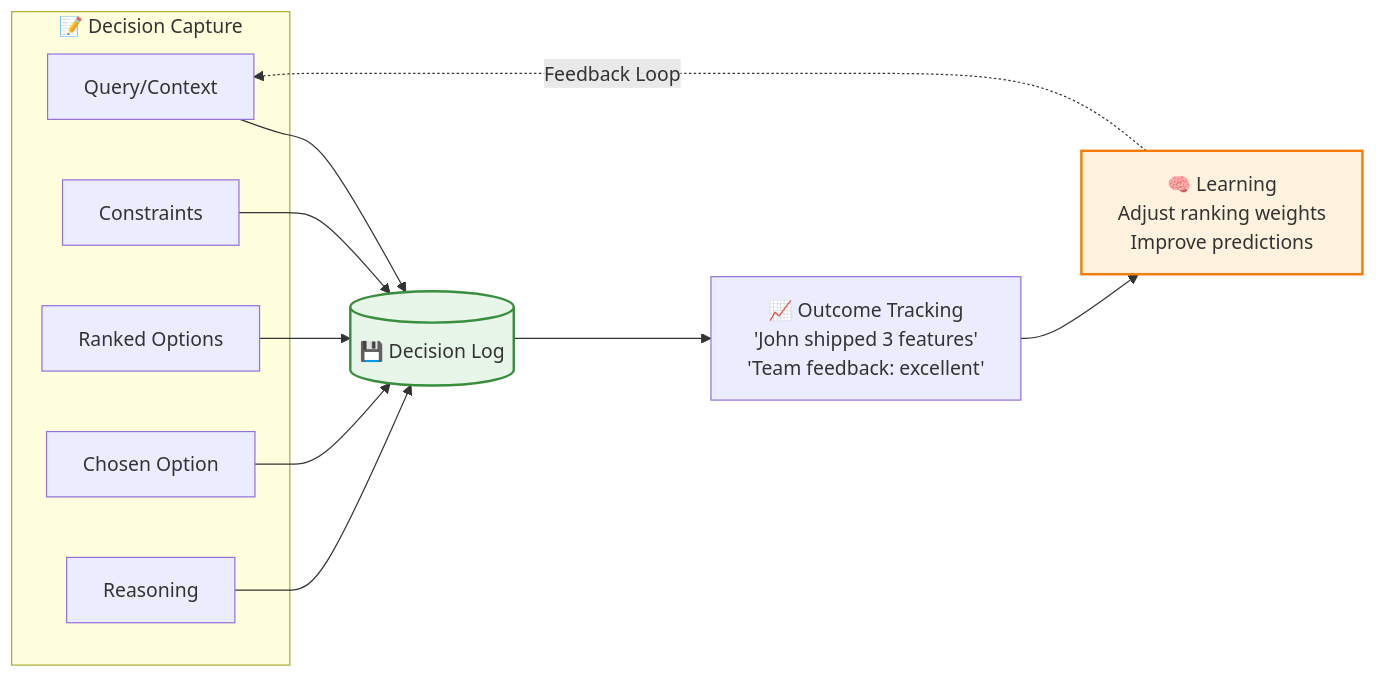
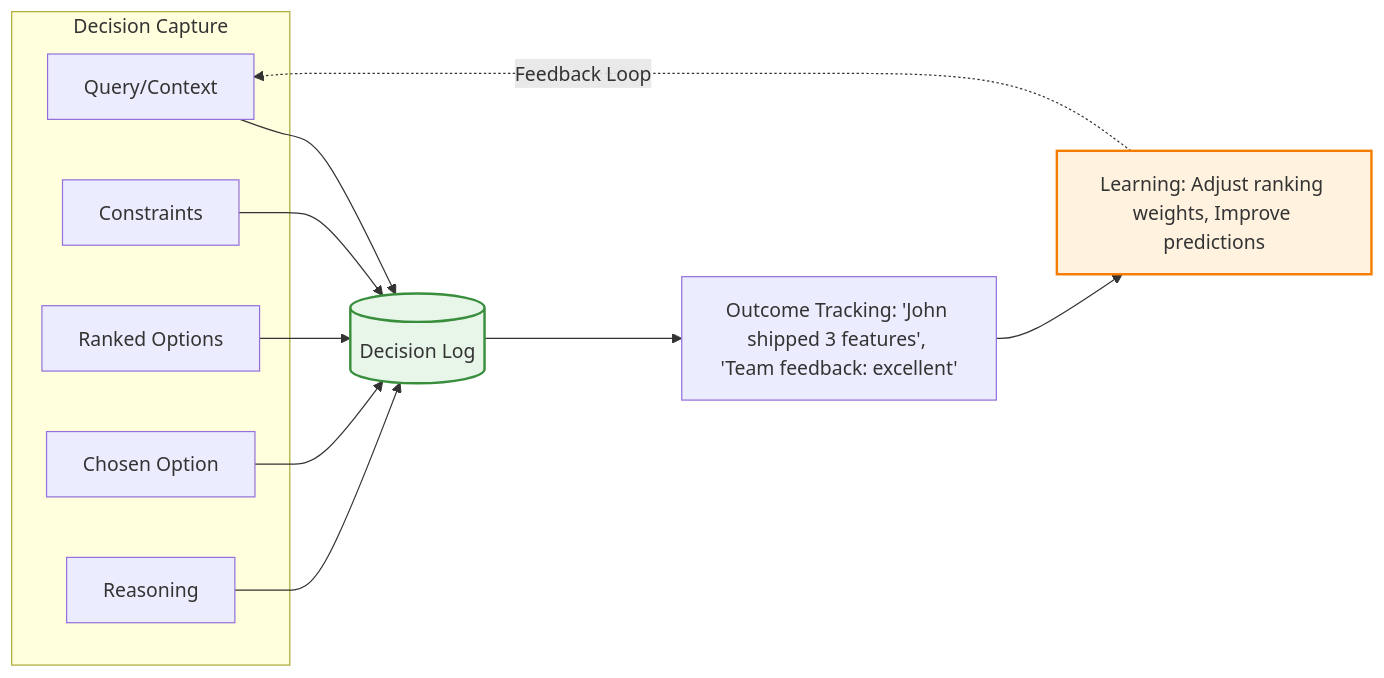
One commit to Arjun-Walia/MERIDIAN- changed the seventh of 10 diagrams in README.md. Above: the diagram before and after it, drawn with Mermaid. The commit also changed other lines of this file, not shown here.

````diff
--- a/README.md
+++ b/README.md
@@ -458,21 +366,21 @@
 ```mermaid
 flowchart LR
-    subgraph "📝 Decision Capture"
+    subgraph "Decision Capture"
         D1["Query/Context"]
         D2["Constraints"]
         D3["Ranked Options"]
         D4["Chosen Option"]
         D5["Reasoning"]
     end
     
-    D1 & D2 & D3 & D4 & D5 --> LOG[("💾 Decision Log")]
+    D1 & D2 & D3 & D4 & D5 --> LOG[("Decision Log")]
     
-    LOG --> O["📈 Outcome Tracking<br/>'John shipped 3 features'<br/>'Team feedback: excellent'"]
+    LOG --> O["Outcome Tracking: 'John shipped 3 features', 'Team feedback: excellent'"]
     
-    O --> L["🧠 Learning<br/>Adjust ranking weights<br/>Improve predictions"]
+    O --> L["Learning: Adjust ranking weights, Improve predictions"]
     
     L -.->|Feedback Loop| D1
     
     style LOG fill:#e8f5e9,stroke:#388e3c,stroke-width:2px
     style L fill:#fff3e0,stroke:#f57c00,stroke-width:2px
 ```
````
